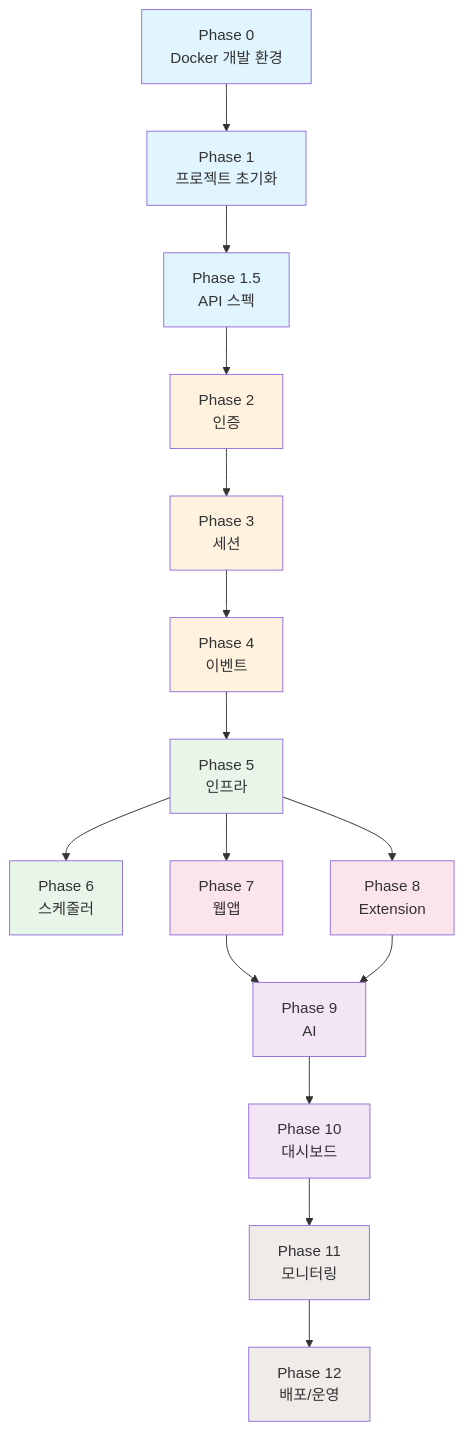
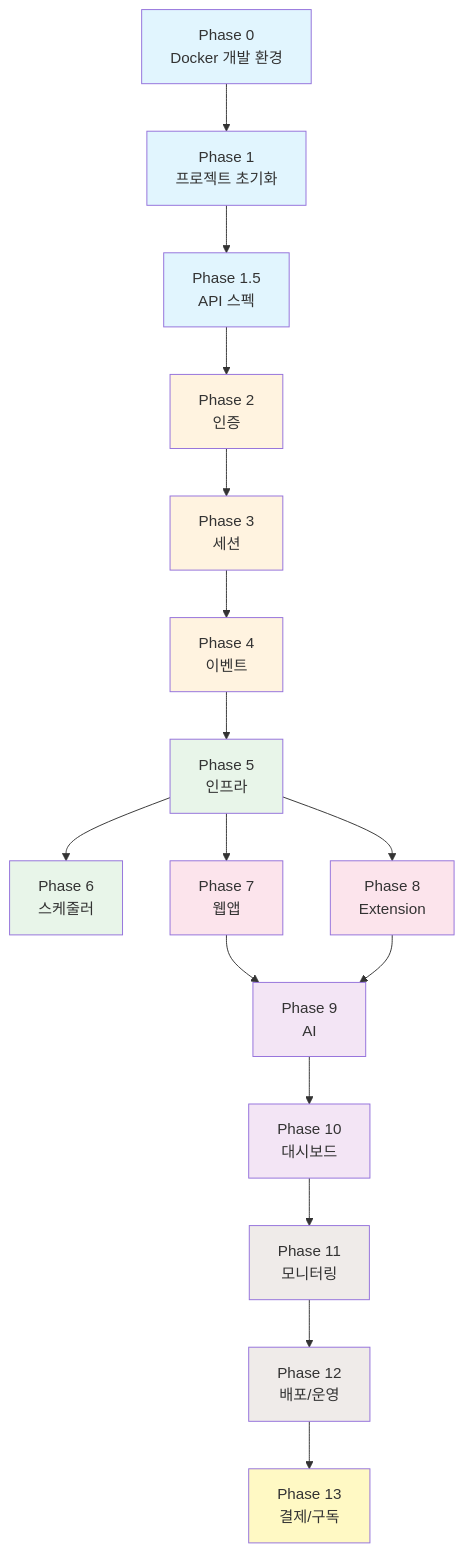
One commit to coldzero94/mindhit changed the diagram in docs/development/phases/README.md. Above: the diagram before and after it, drawn with Mermaid. The commit also changed other lines of this file and 5 other files, not shown here.

````diff
--- a/docs/development/phases/README.md
+++ b/docs/development/phases/README.md
@@ -59,32 +61,34 @@
 ```mermaid
 flowchart TD
     P0[Phase 0<br/>Docker 개발 환경] --> P1[Phase 1<br/>프로젝트 초기화]
     P1 --> P1_5[Phase 1.5<br/>API 스펙]
     P1_5 --> P2[Phase 2<br/>인증]
     P2 --> P3[Phase 3<br/>세션]
     P3 --> P4[Phase 4<br/>이벤트]
     P4 --> P5[Phase 5<br/>인프라]
     P5 --> P6[Phase 6<br/>스케줄러]
     P5 --> P7[Phase 7<br/>웹앱]
     P5 --> P8[Phase 8<br/>Extension]
     P7 --> P9[Phase 9<br/>AI]
     P8 --> P9
     P9 --> P10[Phase 10<br/>대시보드]
     P10 --> P11[Phase 11<br/>모니터링]
     P11 --> P12[Phase 12<br/>배포/운영]
+    P12 --> P13[Phase 13<br/>결제/구독]
 
     style P0 fill:#e1f5fe
     style P1 fill:#e1f5fe
     style P1_5 fill:#e1f5fe
     style P2 fill:#fff3e0
     style P3 fill:#fff3e0
     style P4 fill:#fff3e0
     style P5 fill:#e8f5e9
     style P6 fill:#e8f5e9
     style P7 fill:#fce4ec
     style P8 fill:#fce4ec
     style P9 fill:#f3e5f5
     style P10 fill:#f3e5f5
     style P11 fill:#efebe9
     style P12 fill:#efebe9
+    style P13 fill:#fff9c4
 ```
````
